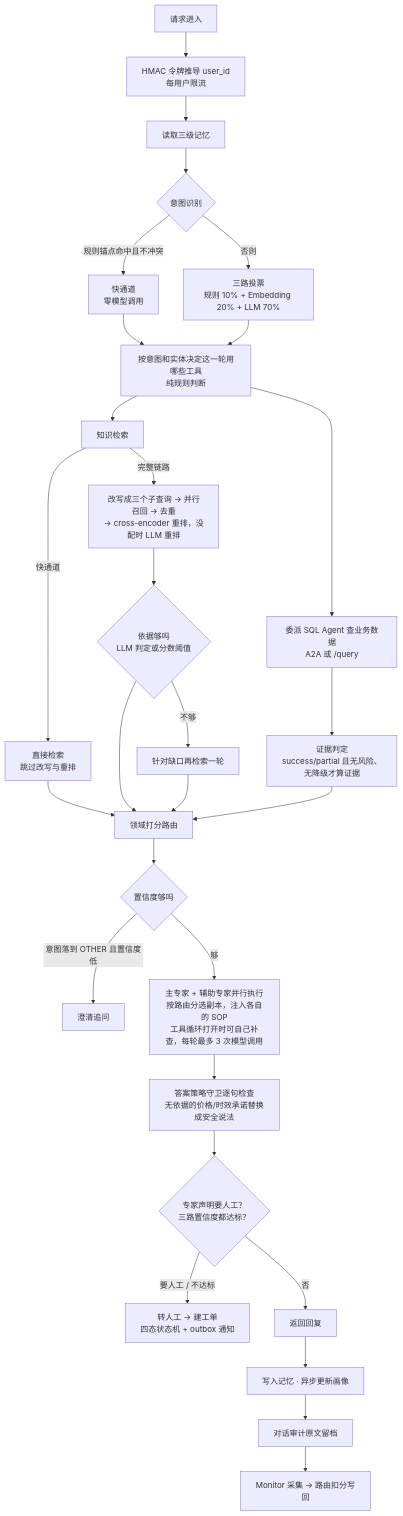
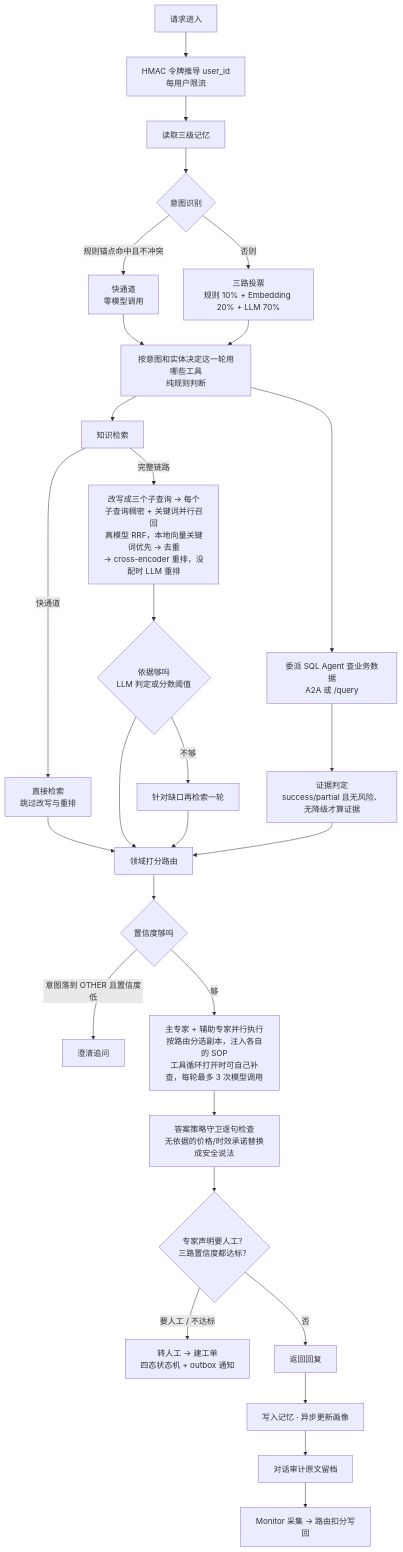
One commit to heyemlee/ai-helpdesk changed the second of 6 diagrams in docs/architecture.md. Above: the diagram before and after it, drawn with Mermaid. The commit also changed other lines of this file and 8 other files, not shown here.

````diff
--- a/docs/architecture.md
+++ b/docs/architecture.md
@@ -38,28 +38,28 @@
 ```mermaid
 flowchart TD
     A[请求进入] --> A2[HMAC 令牌推导 user_id<br/>每用户限流]
     A2 --> B[读取三级记忆]
     B --> C{意图识别}
     C -->|规则锚点命中且不冲突| D[快通道<br/>零模型调用]
     C -->|否则| E[三路投票<br/>规则 10% + Embedding 20% + LLM 70%]
     D --> F[按意图和实体决定这一轮用哪些工具<br/>纯规则判断]
     E --> F
     F --> G[知识检索]
     F --> W[委派 SQL Agent 查业务数据<br/>A2A 或 /query]
     G -->|快通道| G1[直接检索<br/>跳过改写与重排]
-    G -->|完整链路| G2[改写成三个子查询 → 并行召回 → 去重<br/>→ cross-encoder 重排，没配时 LLM 重排]
+    G -->|完整链路| G2[改写成三个子查询 → 每个子查询稠密 + 关键词并行召回<br/>真模型 RRF，本地向量关键词优先 → 去重<br/>→ cross-encoder 重排，没配时 LLM 重排]
     G2 --> G3{依据够吗<br/>LLM 判定或分数阈值}
     G3 -->|不够| G4[针对缺口再检索一轮]
     W --> W1[证据判定<br/>success/partial 且无风险、无降级才算证据]
     G1 & G3 & G4 & W1 --> J[领域打分路由]
     J --> K{置信度够吗}
     K -->|意图落到 OTHER 且置信度低| L[澄清追问]
     K -->|够| M[主专家 + 辅助专家并行执行<br/>按路由分选副本，注入各自的 SOP<br/>工具循环打开时可自己补查，每轮最多 3 次模型调用]
     M --> N[答案策略守卫逐句检查<br/>无依据的价格/时效承诺替换成安全说法]
     N --> O{专家声明要人工？<br/>三路置信度都达标？}
     O -->|要人工 / 不达标| P[转人工 → 建工单<br/>四态状态机 + outbox 通知]
     O -->|否| Q[返回回复]
     Q --> S[写入记忆 · 异步更新画像]
     S --> S2[对话审计原文留档]
     S2 --> T[Monitor 采集 → 路由扣分写回]
 ```
````
